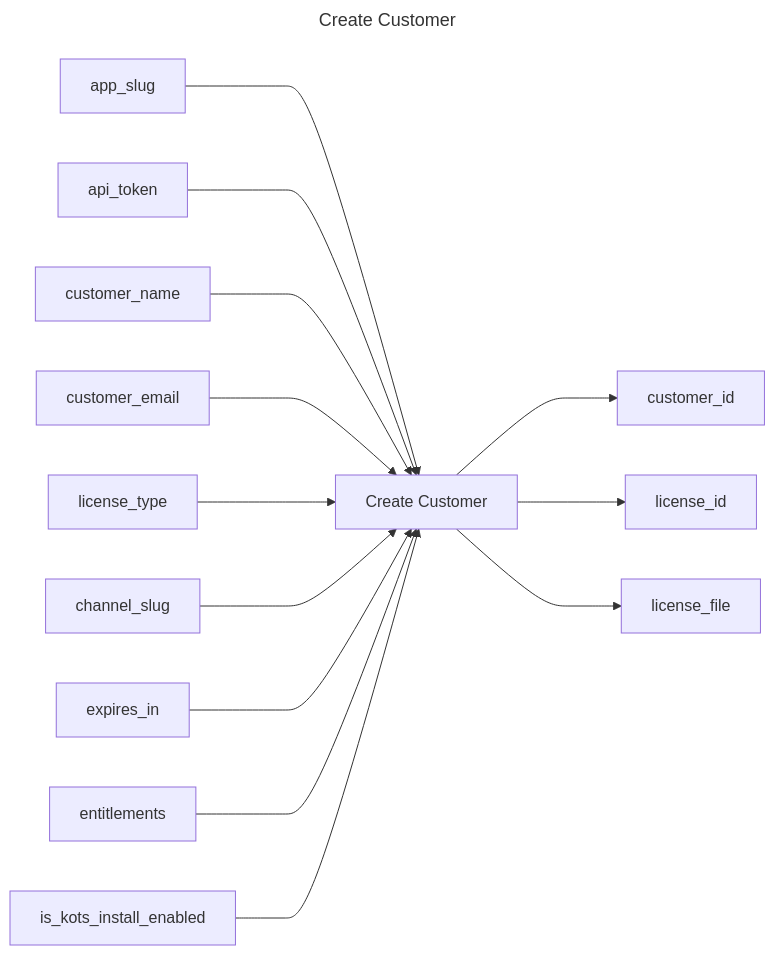
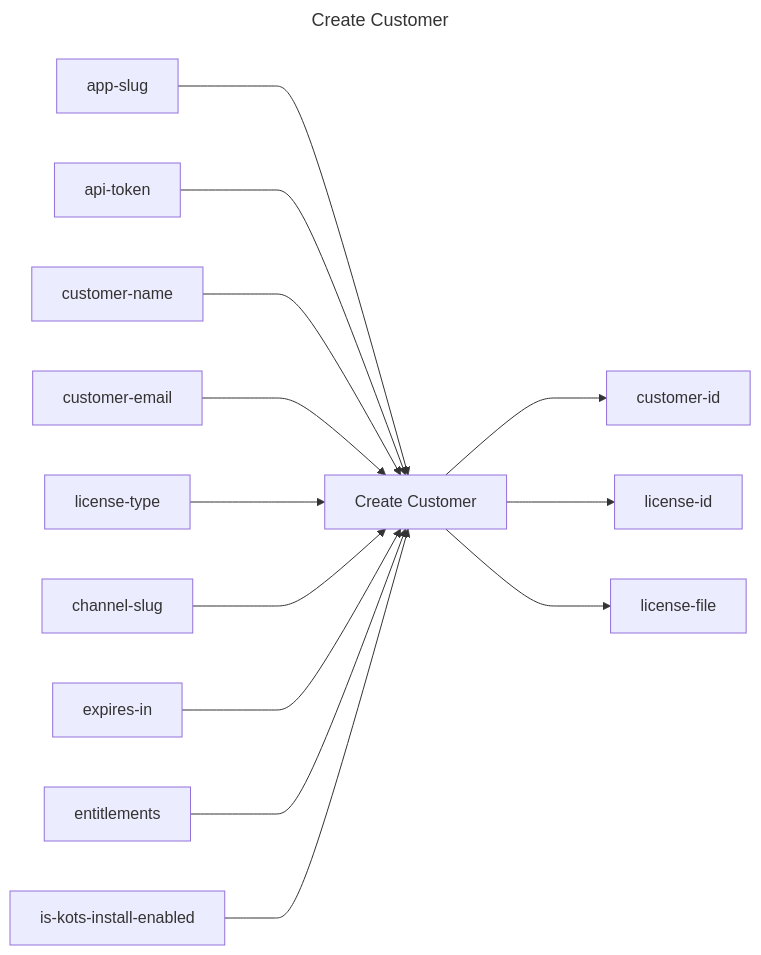
The diagram in create-customer/README.md (replicatedhq/replicated-actions), drawn with Mermaid before and after one commit. The commit also changed 12 other files, not shown here.

````diff
--- a/create-customer/README.md
+++ b/create-customer/README.md
@@ -3,19 +3,31 @@
 ```mermaid
 ---
 title: Create Customer
 ---
 graph LR
 create_customer["Create Customer"]
+app_slug["app-slug"]
+api_token["api-token"]
+customer_name["customer-name"]
+customer_email["customer-email"]
+license_type["license-type"]
+channel_slug["channel-slug"]
+expires_in["expires-in"]
+entitlements["entitlements"]
+is_kots_install_enabled["is-kots-install-enabled"]
+customer_id["customer-id"]
+license_id["license-id"]
+license_file["license-file"]
 app_slug ---> create_customer
 api_token ---> create_customer
 customer_name ---> create_customer
 customer_email ---> create_customer
 license_type ---> create_customer
 channel_slug ---> create_customer
 expires_in ---> create_customer
 entitlements ---> create_customer
 is_kots_install_enabled ---> create_customer
 create_customer ---> customer_id
 create_customer ---> license_id
 create_customer ---> license_file
 ```
````
